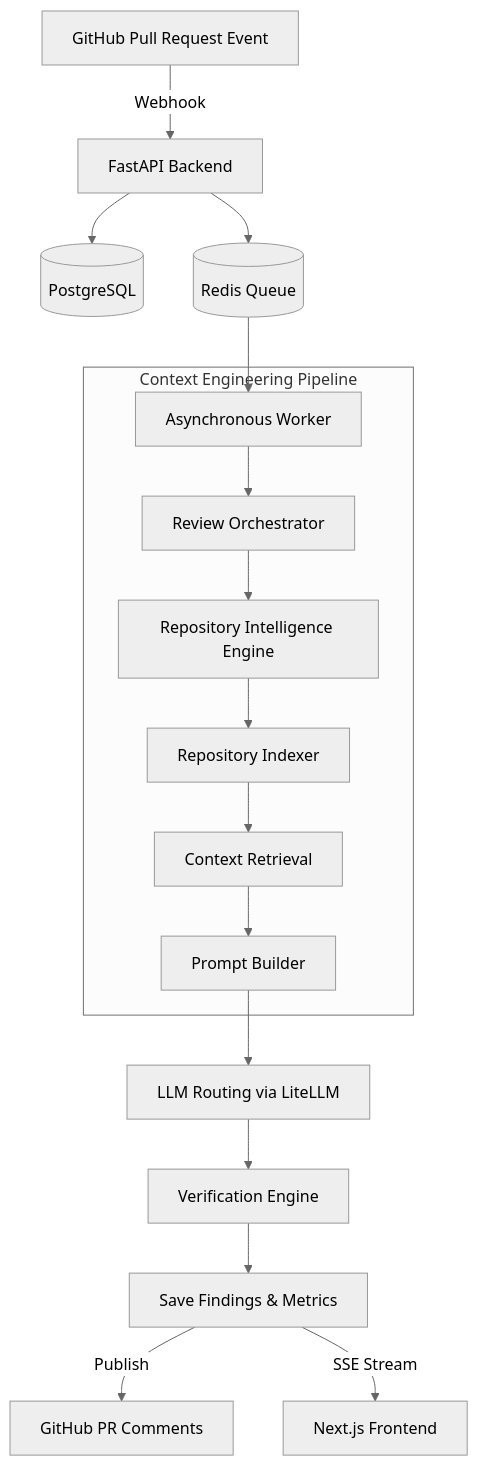
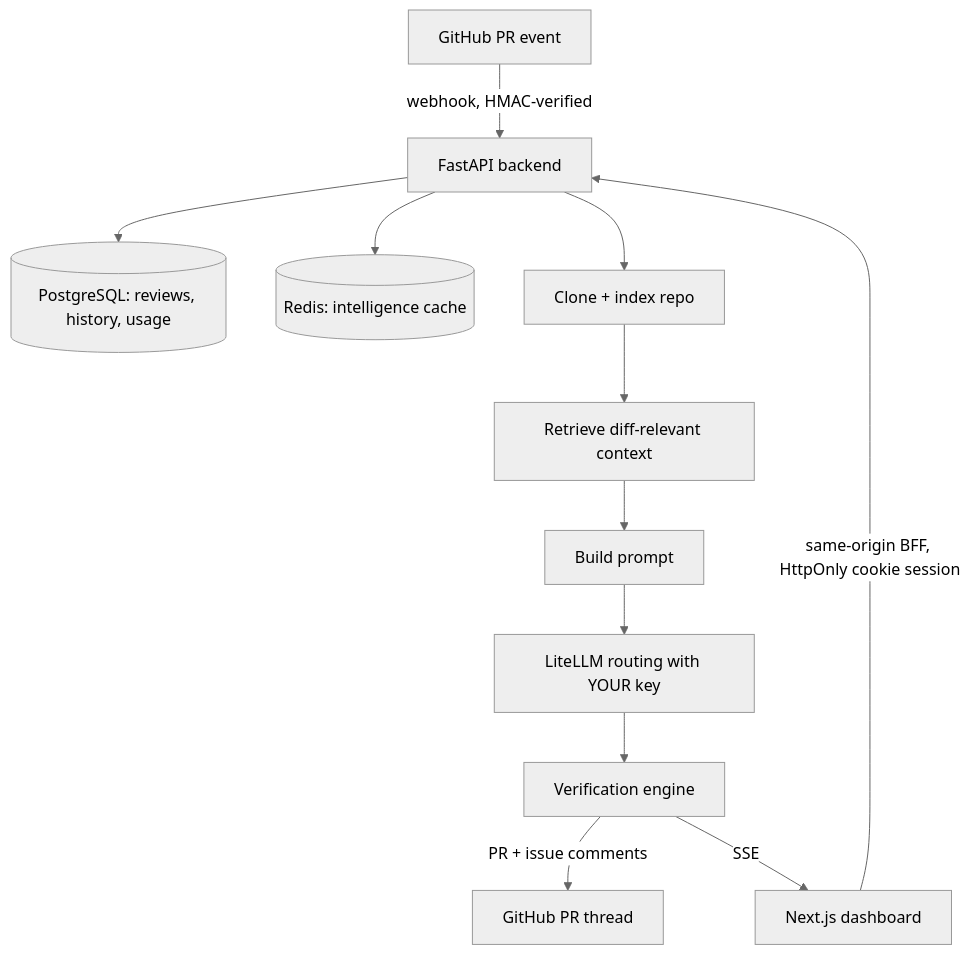
Before and after one commit to d-kavinraja/revora: the diagram in README.md, drawn with Mermaid (neutral theme). The commit also changed other lines of this file and 2 other files, not shown here.

First line of the commit message:
docs: README rewrite with verified claims, contributing and security policy

````diff
--- a/README.md
+++ b/README.md
@@ -56,23 +94,14 @@
 ```mermaid
 graph TD
-    PR[GitHub Pull Request Event] -->|Webhook| WebhookHandler[FastAPI Backend]
-    WebhookHandler --> DB[(PostgreSQL)]
-    WebhookHandler --> Queue[(Redis Queue)]
-    
-    Queue --> Worker[Asynchronous Worker]
-    
-    subgraph Context Engineering Pipeline
-        Worker --> Orchestrator[Review Orchestrator]
-        Orchestrator --> Intelligence[Repository Intelligence Engine]
-        Intelligence --> Indexing[Repository Indexer]
-        Indexing --> Retrieval[Context Retrieval]
-        Retrieval --> PromptBuilder[Prompt Builder]
-    end
-    
-    PromptBuilder --> LLM[LLM Routing via LiteLLM]
-    LLM --> Verification[Verification Engine]
-    Verification --> Persistence[Save Findings & Metrics]
-    
-    Persistence -->|Publish| GitHub[GitHub PR Comments]
-    Persistence -->|SSE Stream| UI[Next.js Frontend]
+    PR[GitHub PR event] -->|webhook, HMAC-verified| API[FastAPI backend]
+    API --> DB[(PostgreSQL: reviews, history, usage)]
+    API --> Cache[(Redis: intelligence cache)]
+    API --> Clone[Clone + index repo]
+    Clone --> Retrieve[Retrieve diff-relevant context]
+    Retrieve --> Prompt[Build prompt]
+    Prompt --> LLM[LiteLLM routing with YOUR key]
+    LLM --> Verify[Verification engine]
+    Verify -->|PR + issue comments| GH[GitHub PR thread]
+    Verify -->|SSE| UI[Next.js dashboard]
+    UI -->|same-origin BFF, HttpOnly cookie session| API
 ```
````
